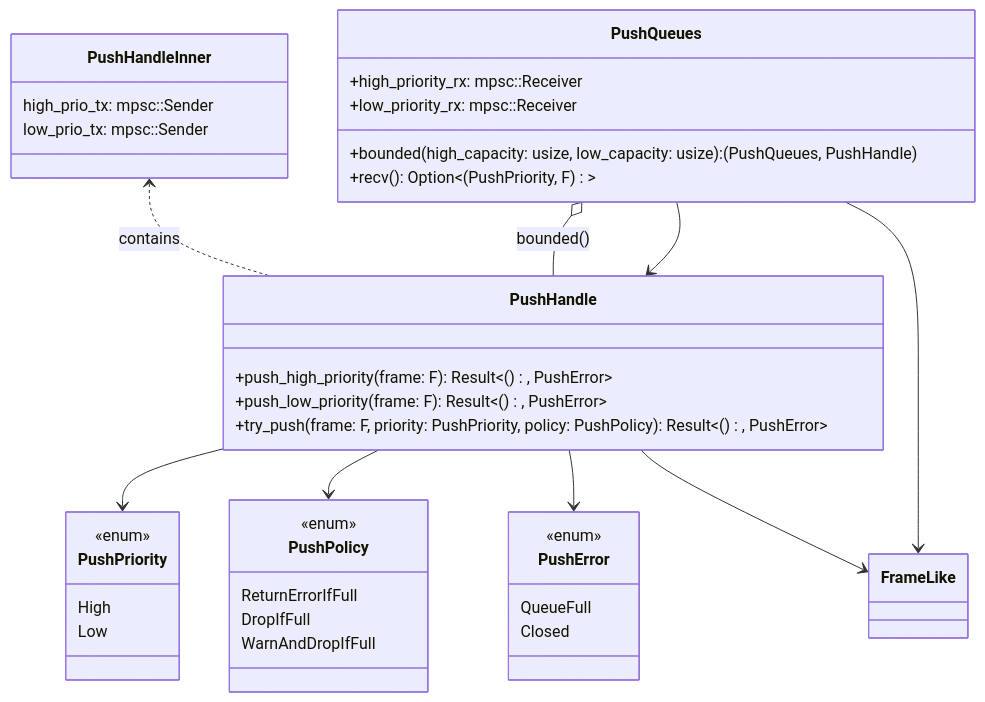
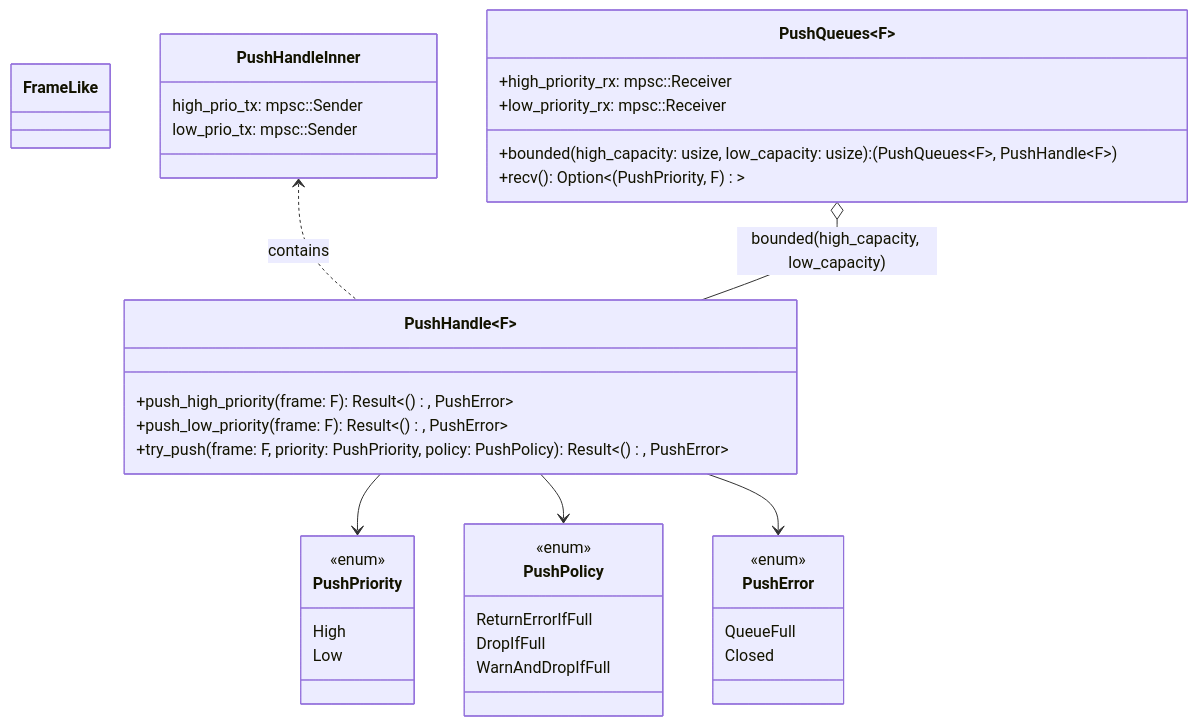
One commit to leynos/wireframe changed the first of 2 diagrams in docs/asynchronous-outbound-messaging-design.md. Above: the diagram before and after it, drawn with Mermaid. The commit also changed other lines of this file, not shown here.

First line of the commit message:
Fix asynchronous push docs diagrams (#119)

````diff
--- a/docs/asynchronous-outbound-messaging-design.md
+++ b/docs/asynchronous-outbound-messaging-design.md
@@ -165,45 +165,42 @@
 ```mermaid
 classDiagram
     class FrameLike {
     }
     class PushPriority {
         <<enum>>
         High
         Low
     }
     class PushPolicy {
         <<enum>>
         ReturnErrorIfFull
         DropIfFull
         WarnAndDropIfFull
     }
     class PushError {
         <<enum>>
         QueueFull
         Closed
     }
     class PushHandleInner {
         high_prio_tx: mpsc::Sender<F>
         low_prio_tx: mpsc::Sender<F>
     }
-    class PushHandle {
+    class PushHandle~F~ {
         +push_high_priority(frame: F): Result<(), PushError>
         +push_low_priority(frame: F): Result<(), PushError>
         +try_push(frame: F, priority: PushPriority, policy: PushPolicy): Result<(), PushError>
     }
-    class PushQueues {
+    class PushQueues~F~ {
         +high_priority_rx: mpsc::Receiver<F>
         +low_priority_rx: mpsc::Receiver<F>
-        +bounded(high_capacity: usize, low_capacity: usize): (PushQueues, PushHandle)
+        +bounded(high_capacity: usize, low_capacity: usize): (PushQueues~F~, PushHandle~F~)
         +recv(): Option<(PushPriority, F)>
     }
 
-    PushHandleInner <.. PushHandle : contains
-    PushQueues o-- PushHandle : bounded()
+    PushHandleInner <.. PushHandle~F~ : contains
+    PushQueues~F~ o-- PushHandle~F~ : bounded(high_capacity, low_capacity)
     PushHandle --> PushPriority
     PushHandle --> PushPolicy
     PushHandle --> PushError
-    PushQueues --> PushHandle
-    PushQueues --> FrameLike
-    PushHandle --> FrameLike
 ```
````
